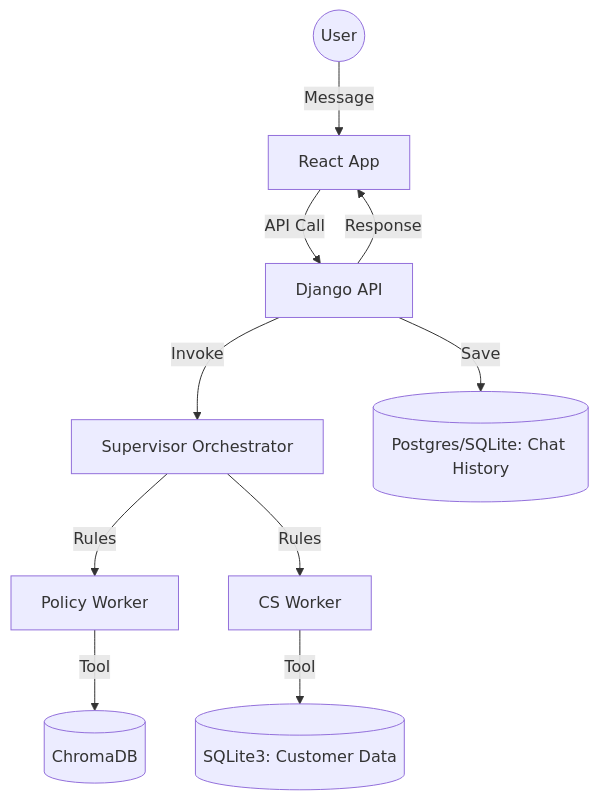
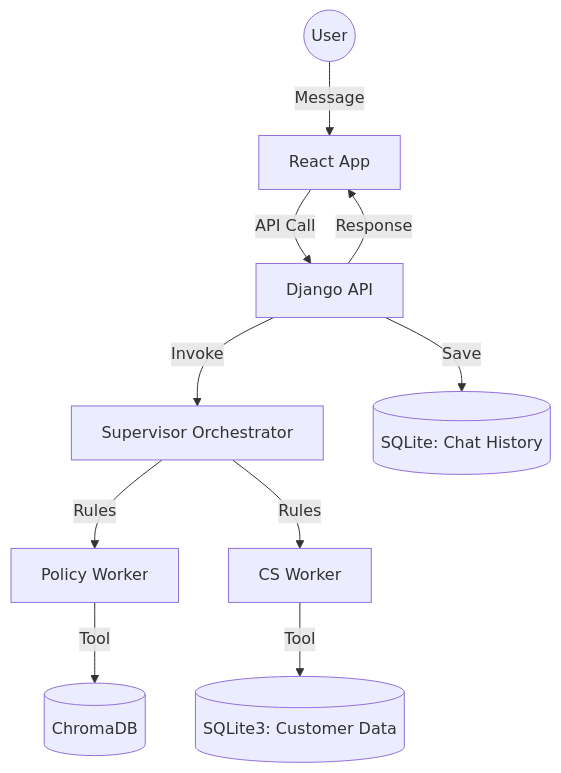
The diagram in README.md (s29zafar/TCS_test), drawn with Mermaid before and after one commit. The commit also changed other lines of this file and 1 other file, not shown here.

````diff
--- a/README.md
+++ b/README.md
@@ -22,12 +23,12 @@
 ```mermaid
 graph TD
     User((User)) -->|Message| Frontend[React App]
     Frontend -->|API Call| Backend[Django API]
     Backend -->|Invoke| supervisor_node[Supervisor Orchestrator]
     supervisor_node -->|Rules| PolicyAgent[Policy Worker]
     PolicyAgent -->|Tool| Chroma[(ChromaDB)]
     supervisor_node -->|Rules| CSAgent[CS Worker]
     CSAgent -->|Tool| SQLite[(SQLite3: Customer Data)]
-    Backend -->|Save| History[(Postgres/SQLite: Chat History)]
+    Backend -->|Save| History[(SQLite: Chat History)]
     Backend -->|Response| Frontend
 ```
````
